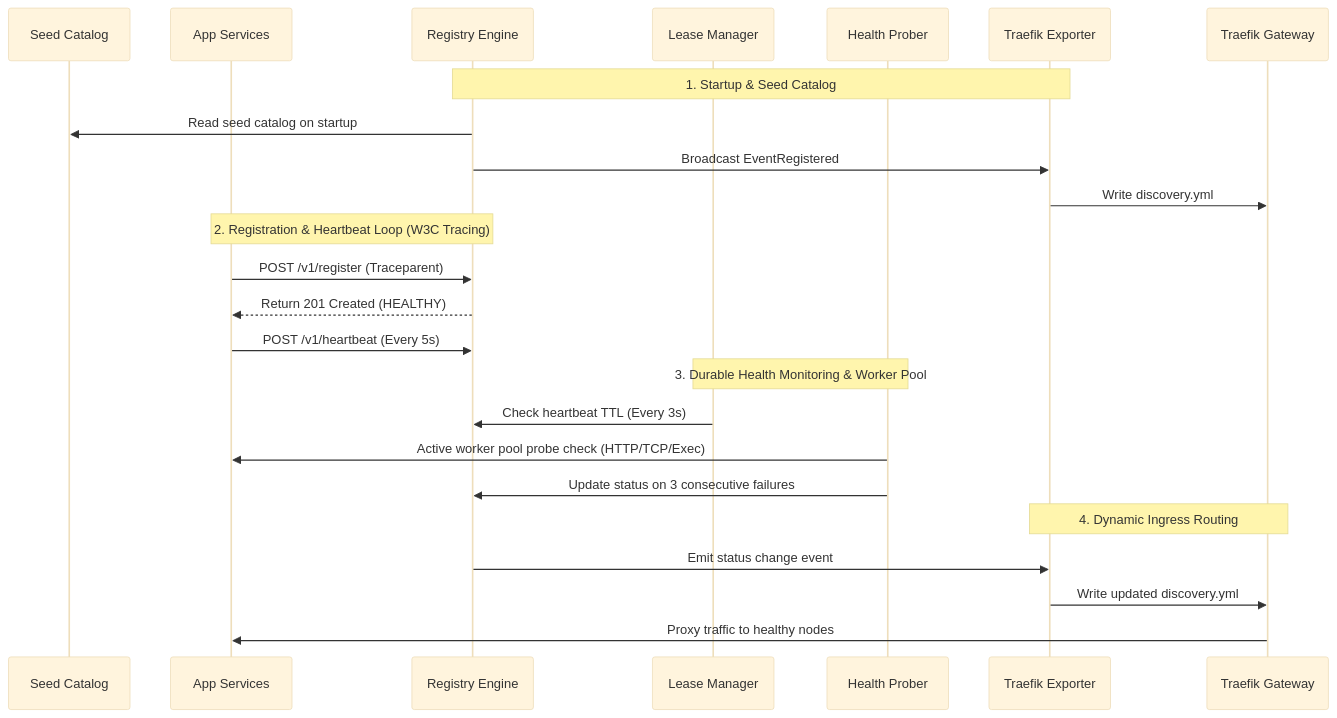
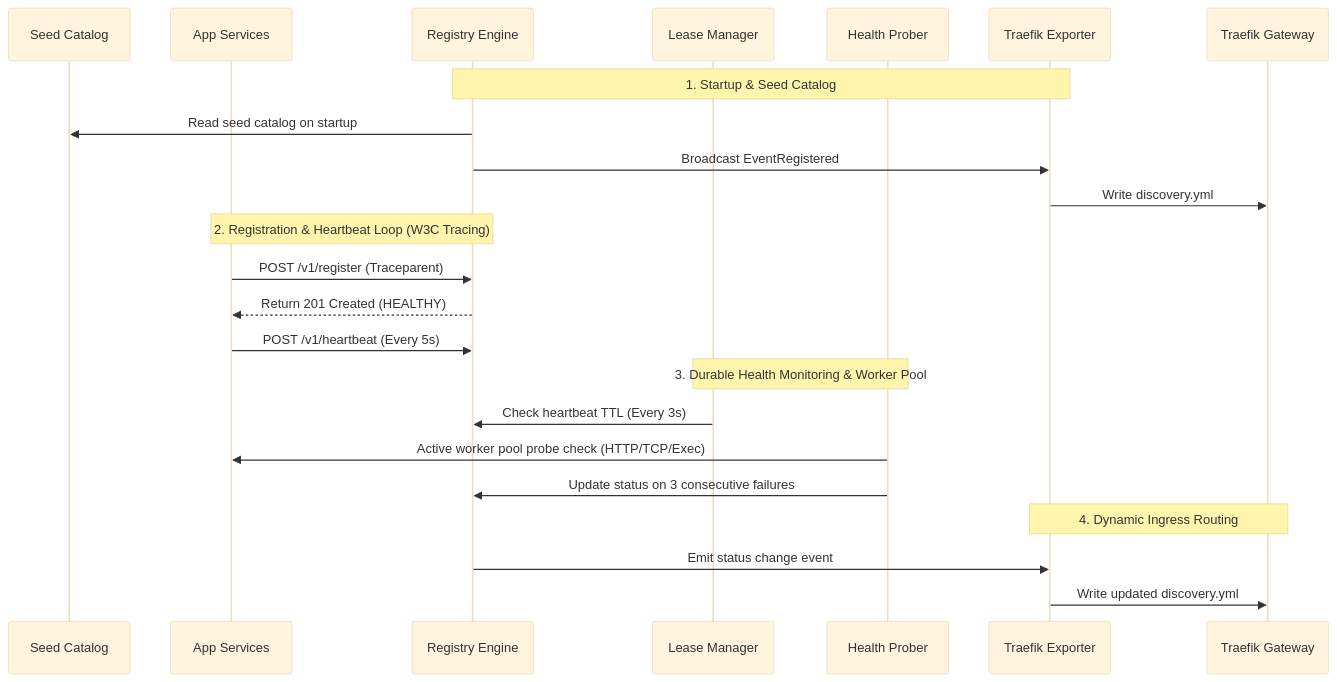
The second of 6 diagrams in packages/configs/llm-obs-infra/docs/architectureDoc/adr-0009-service-registry-and-discovery.md (Chief-Strategist-J/llm-observability-platform), drawn with Mermaid (base theme) before and after one commit. The commit also changed other lines of this file and 1 other file, not shown here.

Commit message:
docs(infra): add Section 2.3 & 2.4 Service Registry and Service Discovery execution flow diagrams to ADR-0009 and add automated unit tests in discovery_test.go

````diff
--- a/packages/configs/llm-obs-infra/docs/architectureDoc/adr-0009-service-registry-and-discovery.md
+++ b/packages/configs/llm-obs-infra/docs/architectureDoc/adr-0009-service-registry-and-discovery.md
@@ -169,30 +169,29 @@
 ```mermaid
 sequenceDiagram
     participant Catalog as Seed Catalog
     participant App as App Services
     participant Reg as Registry Engine
     participant Lease as Lease Manager
     participant Probe as Health Prober
     participant Exporter as Traefik Exporter
     participant Traefik as Traefik Gateway
 
     Note over Reg, Exporter: 1. Startup & Seed Catalog
     Reg->>Catalog: Read seed catalog on startup
     Reg->>Exporter: Broadcast EventRegistered
     Exporter->>Traefik: Write discovery.yml
 
     Note over App, Reg: 2. Registration & Heartbeat Loop (W3C Tracing)
     App->>Reg: POST /v1/register (Traceparent)
     Reg-->>App: Return 201 Created (HEALTHY)
     App->>Reg: POST /v1/heartbeat (Every 5s)
 
     Note over Lease, Probe: 3. Durable Health Monitoring & Worker Pool
     Lease->>Reg: Check heartbeat TTL (Every 3s)
     Probe->>App: Active worker pool probe check (HTTP/TCP/Exec)
     Probe->>Reg: Update status on 3 consecutive failures
 
     Note over Exporter, Traefik: 4. Dynamic Ingress Routing
     Reg->>Exporter: Emit status change event
     Exporter->>Traefik: Write updated discovery.yml
-    Traefik->>App: Proxy traffic to healthy nodes
 ```
````
